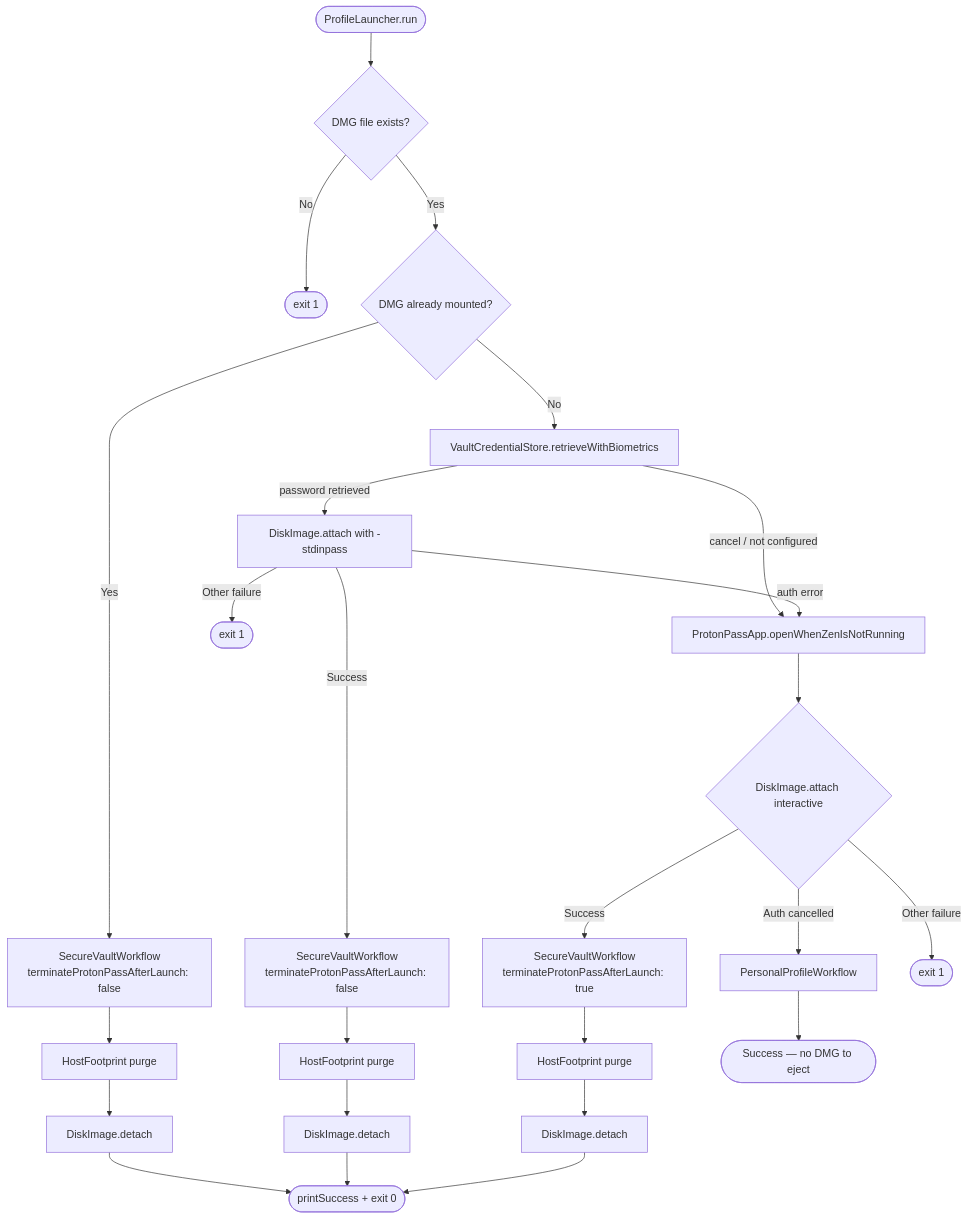
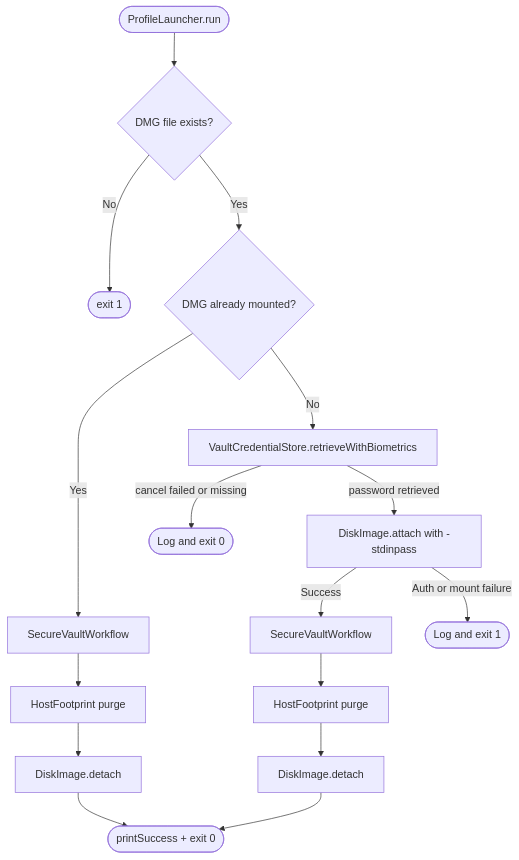
The second of 6 diagrams in პროფილი-README.md (Johann-Goncalves-Pereira/Raycast), drawn with Mermaid before and after one commit. The commit also changed other lines of this file, not shown here.

First line of the commit message:
docs 📚: Update vault launcher README for Touch ID-only workflow

````diff
--- a/პროფილი-README.md
+++ b/პროფილი-README.md
@@ -71,32 +69,22 @@
 ```mermaid
 flowchart TD
     Start([ProfileLauncher.run]) --> ValidateDMG{DMG file exists?}
     ValidateDMG -->|No| Exit1([exit 1])
     ValidateDMG -->|Yes| CheckMounted{DMG already mounted?}
 
-    CheckMounted -->|Yes| SecureSkipPass[SecureVaultWorkflow<br/>terminateProtonPassAfterLaunch: false]
+    CheckMounted -->|Yes| SecureMounted[SecureVaultWorkflow]
     CheckMounted -->|No| TouchID[VaultCredentialStore.retrieveWithBiometrics]
 
     TouchID -->|password retrieved| StdinMount[DiskImage.attach with -stdinpass]
-    TouchID -->|cancel / not configured| OpenPass[ProtonPassApp.openWhenZenIsNotRunning]
-    StdinMount -->|auth error| OpenPass
+    TouchID -->|cancel failed or missing| Abort([Log and exit 0])
+    StdinMount -->|Success| SecureTouchID[SecureVaultWorkflow]
+    StdinMount -->|Auth or mount failure| ExitFail([Log and exit 1])
 
-    OpenPass --> TryMount{DiskImage.attach interactive}
-    StdinMount -->|Success| SecureTouchID[SecureVaultWorkflow<br/>terminateProtonPassAfterLaunch: false]
-    TryMount -->|Success| SecureKillPass[SecureVaultWorkflow<br/>terminateProtonPassAfterLaunch: true]
-    TryMount -->|Auth cancelled| Personal[PersonalProfileWorkflow]
-    TryMount -->|Other failure| Exit2([exit 1])
-    StdinMount -->|Other failure| Exit3([exit 1])
-
-    SecureSkipPass --> Purge1[HostFootprint purge]
+    SecureMounted --> Purge1[HostFootprint purge]
     SecureTouchID --> Purge2[HostFootprint purge]
-    SecureKillPass --> Purge3[HostFootprint purge]
     Purge1 --> Eject1[DiskImage.detach]
     Purge2 --> Eject2[DiskImage.detach]
-    Purge3 --> Eject3[DiskImage.detach]
-    Personal --> Done([Success — no DMG to eject])
 
     Eject1 --> Success([printSuccess + exit 0])
     Eject2 --> Success
-    Eject3 --> Success
 ```
````
